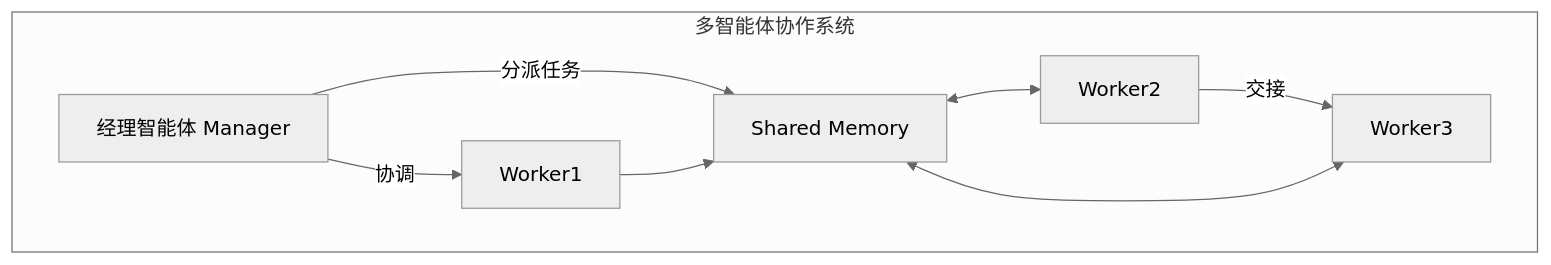
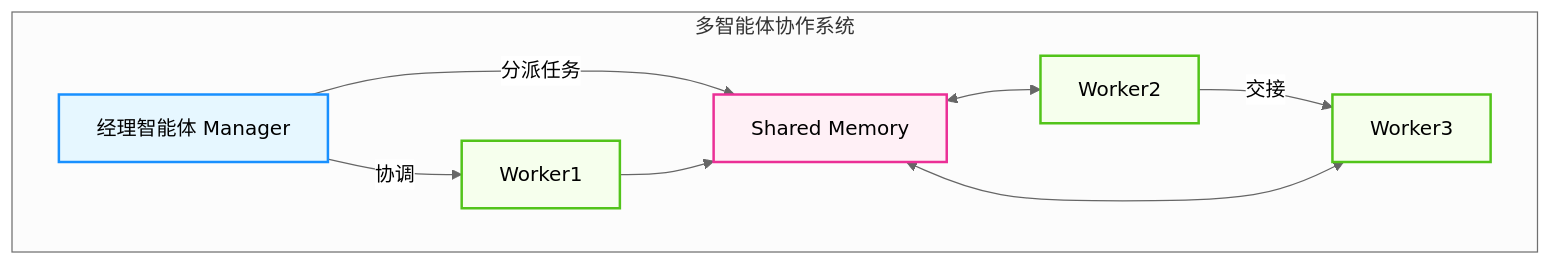
Before and after one commit to yeasy/agentic_ai_guide: the diagram in 05_collaboration/README.md, drawn with Mermaid (neutral theme). The commit also changed 36 other files, not shown here.

````diff
--- a/05_collaboration/README.md
+++ b/05_collaboration/README.md
@@ -25,13 +25,22 @@
 ```mermaid
 graph TD
+    %% Agentic Design System
+    classDef agent fill:#e6f7ff,stroke:#1890ff,stroke-width:2px;
+    classDef tool fill:#f6ffed,stroke:#52c41a,stroke-width:2px;
+    classDef memory fill:#fff0f6,stroke:#eb2f96,stroke-width:2px;
+
     subgraph MAS [多智能体协作系统]
         Manager[经理智能体 Manager] -->|协调| W1[Worker1]
         Manager -->|分派任务| Memory[Shared Memory]
         
         W1 --> Memory
         W2[Worker2] -->|交接| W3[Worker3]
         
         Memory <--> W2
         Memory <--> W3
     end
+    
+    class Manager agent;
+    class W1,W2,W3 tool;
+    class Memory memory;
 ```
````
